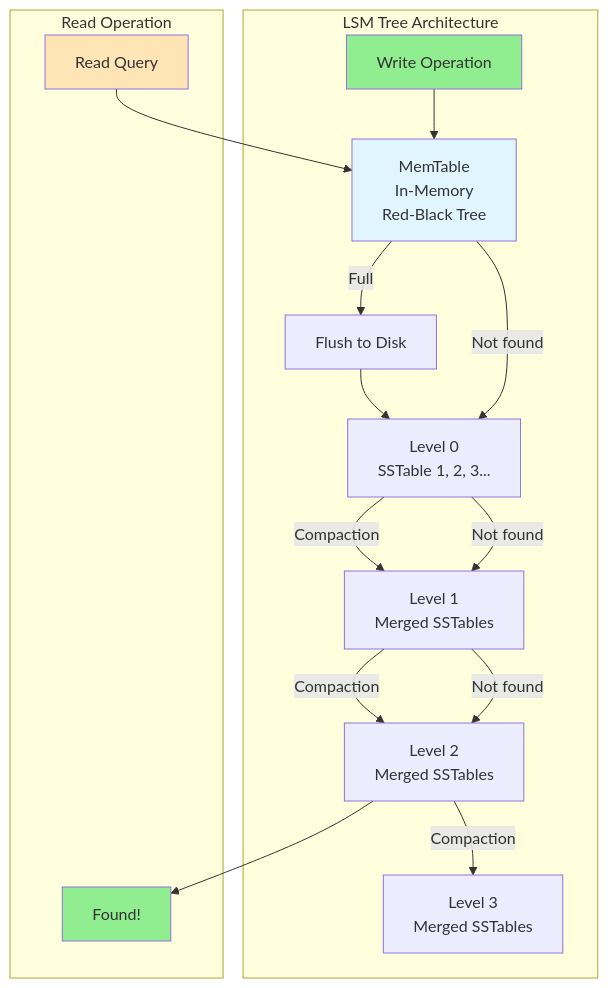
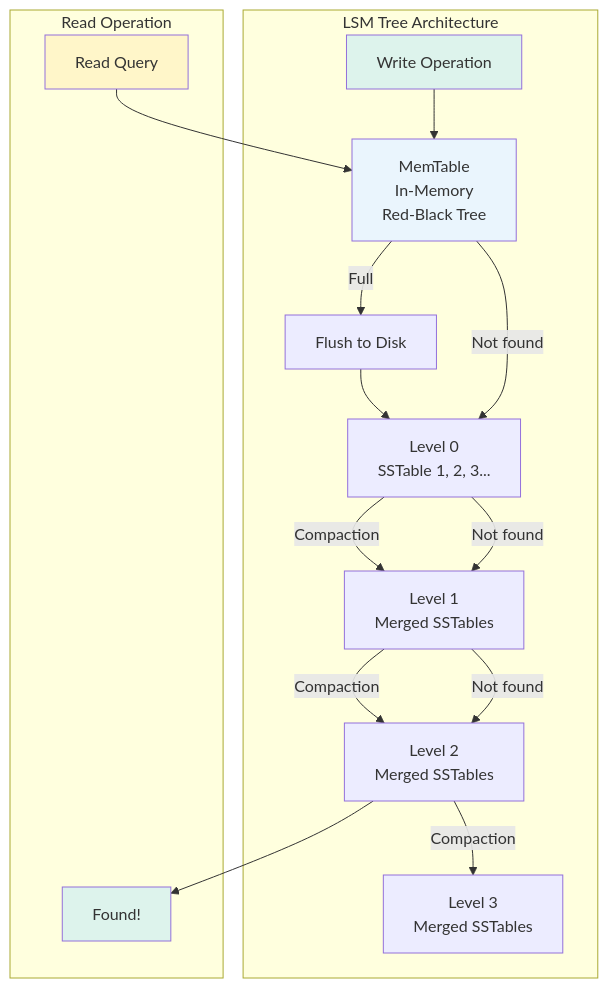
Before and after one commit to cartmancodes/InterviewVault: diagram 11 of 34 in LLD/CoreConcepts/DataIndexing.md, drawn with Mermaid. The commit also changed other lines of this file and 679 other files, not shown here.

Commit message:
Unify content diagrams and add accessible visual walkthroughs

````diff
--- a/LLD/CoreConcepts/DataIndexing.md
+++ b/LLD/CoreConcepts/DataIndexing.md
@@ -398,31 +398,31 @@
 ```mermaid
 graph TB
     subgraph "LSM Tree Architecture"
         WRITE[Write Operation]
         MEM[MemTable<br/>In-Memory<br/>Red-Black Tree]
         
         WRITE --> MEM
         
         MEM -->|Full| FLUSH[Flush to Disk]
         
         FLUSH --> L0[Level 0<br/>SSTable 1, 2, 3...]
         
         L0 -->|Compaction| L1[Level 1<br/>Merged SSTables]
         L1 -->|Compaction| L2[Level 2<br/>Merged SSTables]
         L2 -->|Compaction| L3[Level 3<br/>Merged SSTables]
     end
     
     subgraph "Read Operation"
         READ[Read Query]
         READ --> MEM
         MEM -->|Not found| L0
         L0 -->|Not found| L1
         L1 -->|Not found| L2
         L2 --> FOUND[Found!]
     end
     
-    style WRITE fill:#90EE90
-    style MEM fill:#e1f5ff
-    style READ fill:#FFE4B5
-    style FOUND fill:#90EE90
+    style WRITE fill:#DDF3EC
+    style MEM fill:#EAF5FD
+    style READ fill:#FFF6C9
+    style FOUND fill:#DDF3EC
 ```
````
